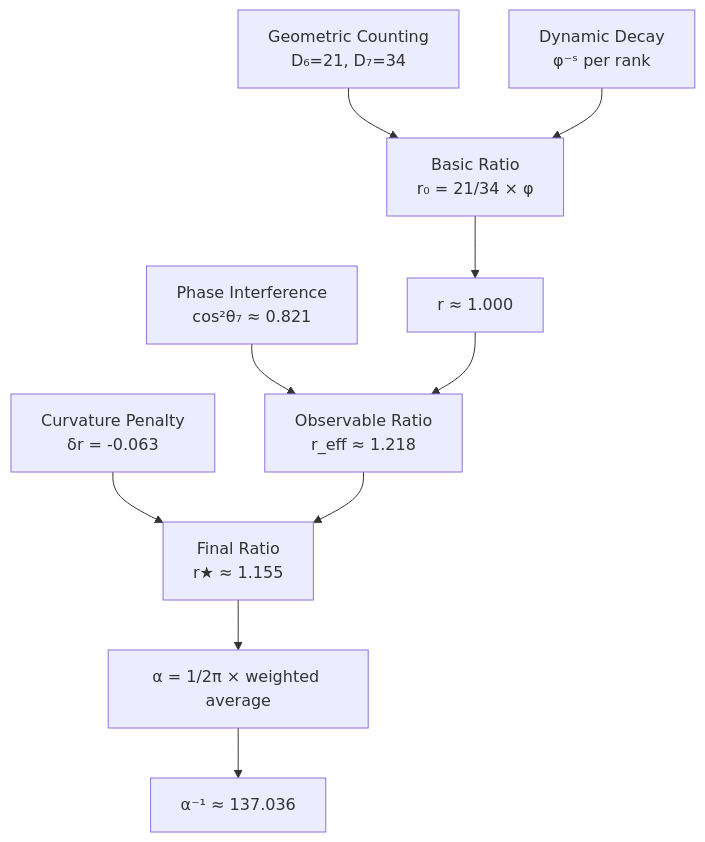
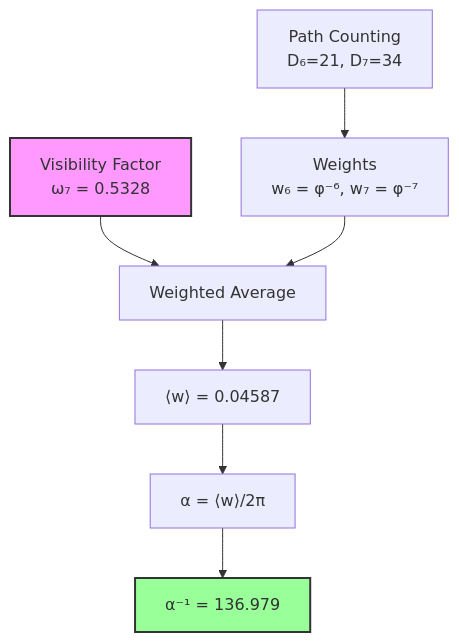
One commit to loning/the-phys changed the diagram in docs/psi-constants/part-01-structural-collapse-limits/chapter-005-collapse-origin-alpha-spectral.md. Above: the diagram before and after it, drawn with Mermaid. The commit also changed other lines of this file and 2 other files, not shown here.

````diff
--- a/docs/psi-constants/part-01-structural-collapse-limits/chapter-005-collapse-origin-alpha-spectral.md
+++ b/docs/psi-constants/part-01-structural-collapse-limits/chapter-005-collapse-origin-alpha-spectral.md
@@ -319,15 +269,13 @@
 ```mermaid
 graph TD
-    A[Geometric Counting<br/>D₆=21, D₇=34] --> B[Basic Ratio<br/>r₀ = 21/34 × φ]
-    C[Dynamic Decay<br/>φ⁻ˢ per rank] --> B
-    B --> D[r ≈ 1.000]
+    A[Path Counting<br/>D₆=21, D₇=34] --> B[Weights<br/>w₆ = φ⁻⁶, w₇ = φ⁻⁷]
+    C[Visibility Factor<br/>ω₇ = 0.5328] --> D[Weighted Average]
+    B --> D
     
-    E[Phase Interference<br/>cos²θ₇ ≈ 0.821] --> F[Observable Ratio<br/>r_eff ≈ 1.218]
-    D --> F
+    D --> E[⟨w⟩ = 0.04587]
+    E --> F[α = ⟨w⟩/2π]
+    F --> G[α⁻¹ = 136.979]
     
-    G[Curvature Penalty<br/>δr = -0.063] --> H[Final Ratio<br/>r★ ≈ 1.155]
-    F --> H
-    
-    H --> I[α = 1/2π × weighted average]
-    I --> J[α⁻¹ ≈ 137.036]
+    style C fill:#f9f,stroke:#333,stroke-width:2px
+    style G fill:#9f9,stroke:#333,stroke-width:2px
 ```
````
